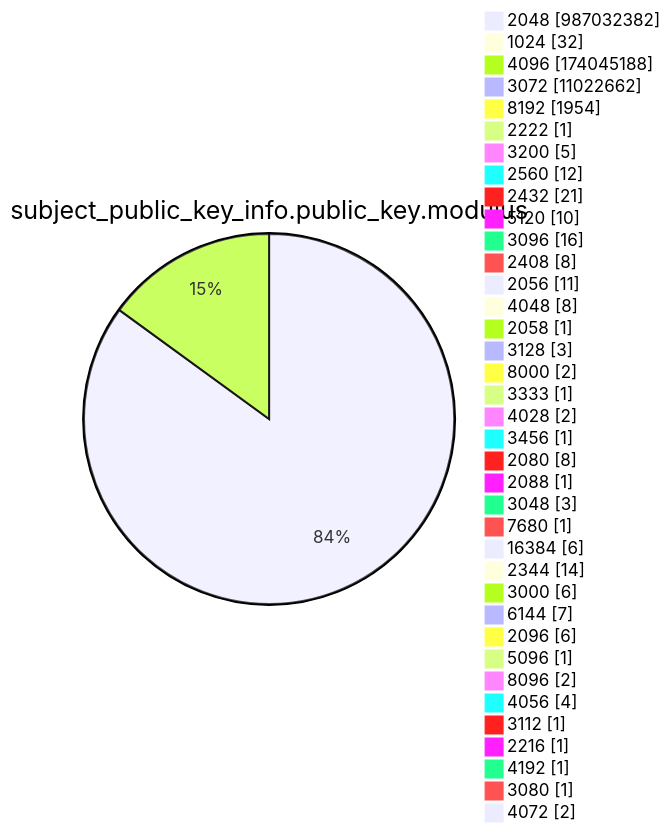
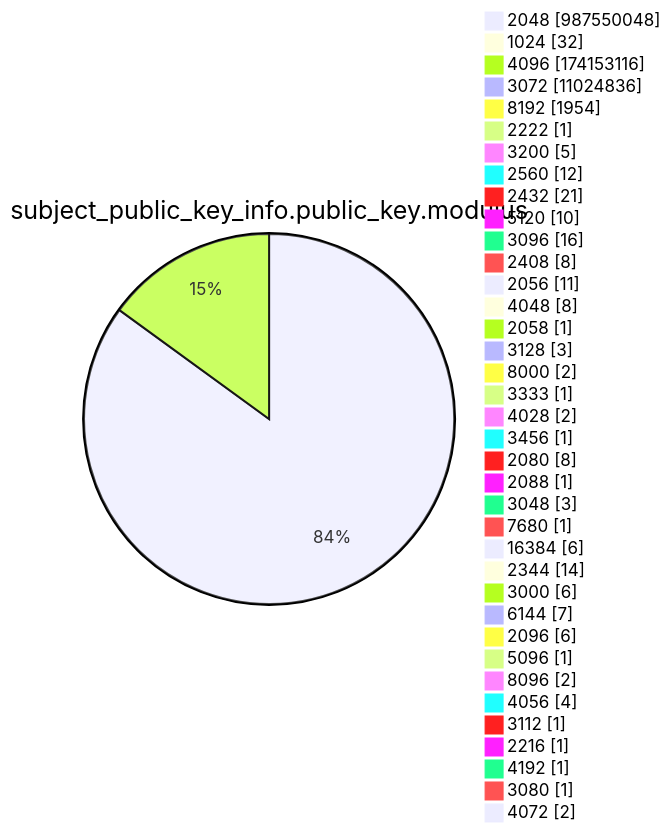
Diagram 13 of 15 in argon2022/README.md (christiankrug/ctmonitor_visualization), drawn with Mermaid before and after one commit. The commit also changed other lines of this file, not shown here.

````diff
--- a/argon2022/README.md
+++ b/argon2022/README.md
@@ -3587,41 +3587,41 @@
 ```mermaid
 pie showData
 title subject_public_key_info.public_key.modulus
-"2048" :987032382
+"2048" :987550048
 "1024" :32
-"4096" :174045188
-"3072" :11022662
+"4096" :174153116
+"3072" :11024836
 "8192" :1954
 "2222" :1
 "3200" :5
 "2560" :12
 "2432" :21
 "5120" :10
 "3096" :16
 "2408" :8
 "2056" :11
 "4048" :8
 "2058" :1
 "3128" :3
 "8000" :2
 "3333" :1
 "4028" :2
 "3456" :1
 "2080" :8
 "2088" :1
 "3048" :3
 "7680" :1
 "16384" :6
 "2344" :14
 "3000" :6
 "6144" :7
 "2096" :6
 "5096" :1
 "8096" :2
 "4056" :4
 "3112" :1
 "2216" :1
 "4192" :1
 "3080" :1
 "4072" :2
 ```
````
